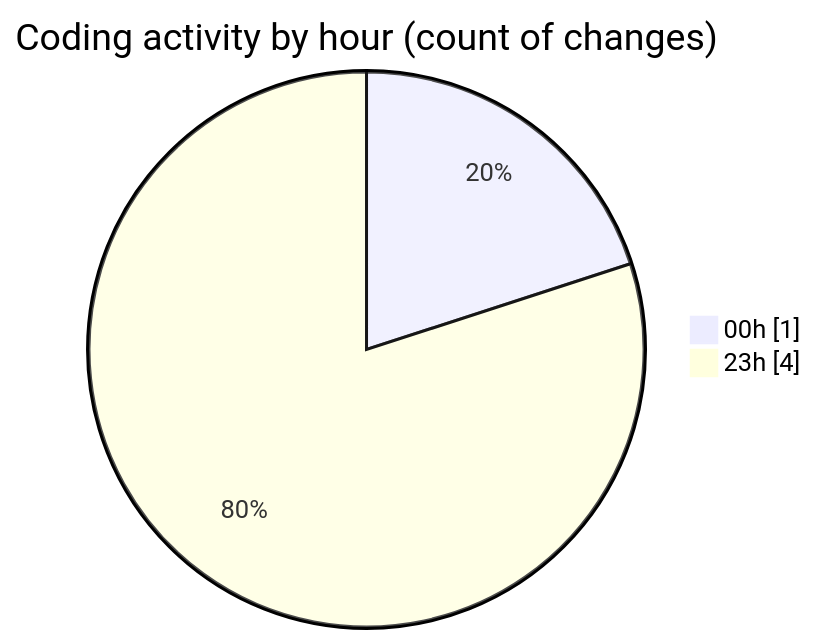
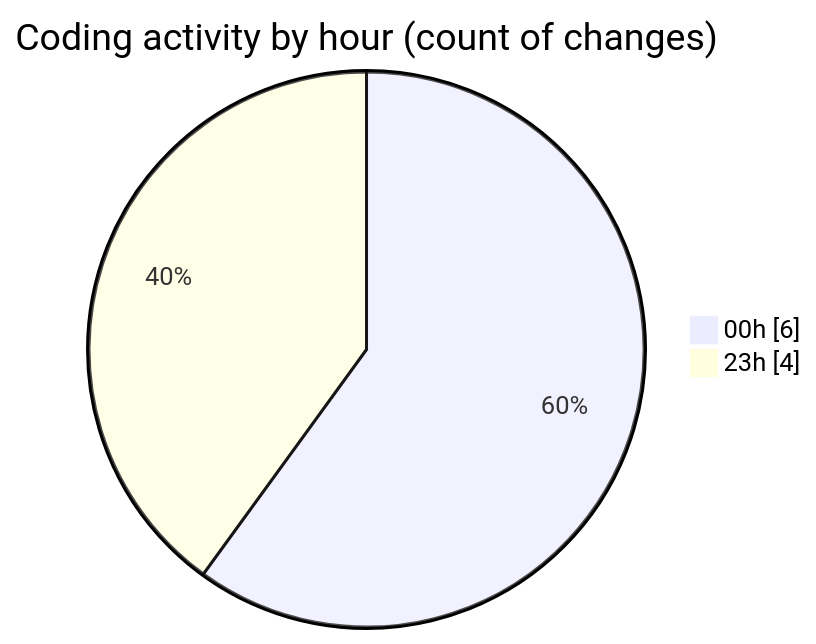
Before and after one commit to hasnaa123/code-tracking: the second of 2 diagrams in 2026-11-26/taskforge/README.md, drawn with Mermaid. The commit also changed other lines of this file and 1 other file, not shown here.

````diff
--- a/2026-11-26/taskforge/README.md
+++ b/2026-11-26/taskforge/README.md
@@ -28,6 +28,6 @@
 ```mermaid
 pie showData
 title Coding activity by hour (count of changes)
-"00h" : 1
+"00h" : 6
 "23h" : 4
 ```
````
